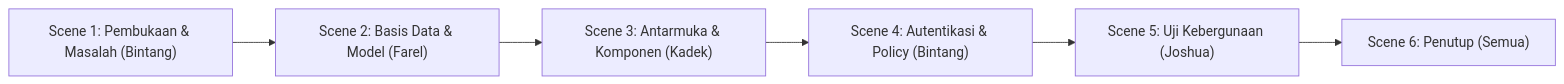
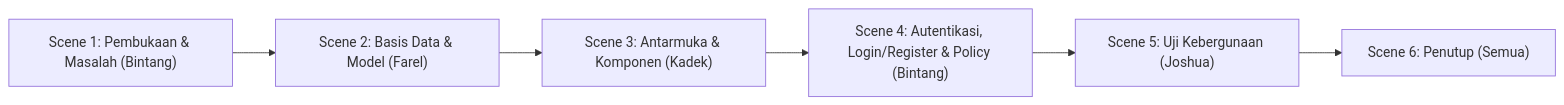
Before and after one commit to BintangPrasetyo95/cibo: the diagram in SCRIPT_VIDEO_PRESENTASI.md, drawn with Mermaid. The commit also changed other lines of this file and 6 other files, not shown here.

Commit message:
feat(auth): implementasi penuh formulir login dan register serta pembaruan naskah presentasi

````diff
--- a/SCRIPT_VIDEO_PRESENTASI.md
+++ b/SCRIPT_VIDEO_PRESENTASI.md
@@ -23,8 +23,8 @@
 ```mermaid
 flowchart LR
     S1["Scene 1: Pembukaan & Masalah (Bintang)"] --> S2["Scene 2: Basis Data & Model (Farel)"]
     S2 --> S3["Scene 3: Antarmuka & Komponen (Kadek)"]
-    S3 --> S4["Scene 4: Autentikasi & Policy (Bintang)"]
+    S3 --> S4["Scene 4: Autentikasi, Login/Register & Policy (Bintang)"]
     S4 --> S5["Scene 5: Uji Kebergunaan (Joshua)"]
     S5 --> S6["Scene 6: Penutup (Semua)"]
 ```
````
